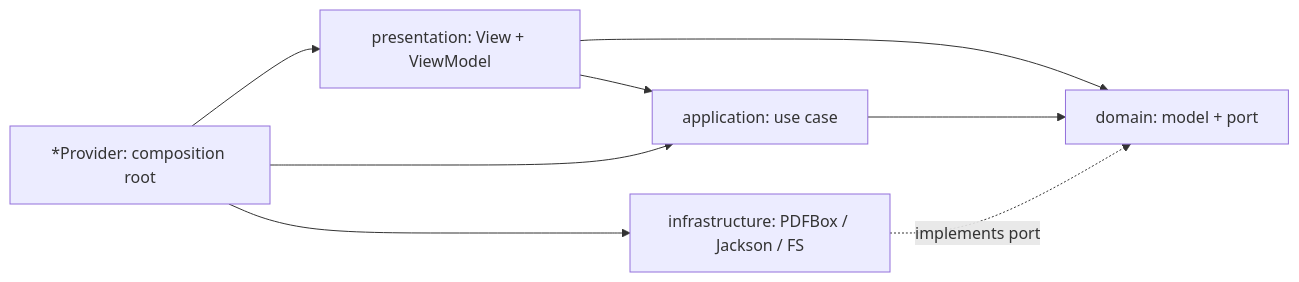
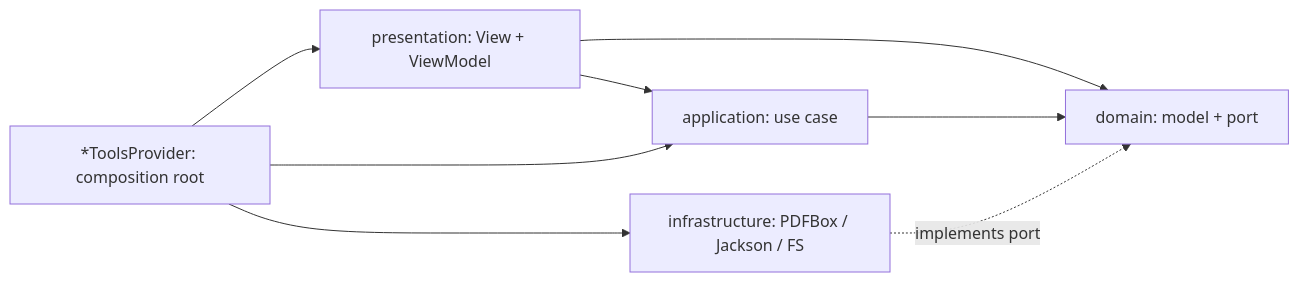
Before and after one commit to lukmnh/toolbox: the diagram in README.md, drawn with Mermaid. The commit also changed other lines of this file, not shown here.

````diff
--- a/README.md
+++ b/README.md
@@ -567,8 +143,8 @@
 ```mermaid
 flowchart LR
     P["presentation: View + ViewModel"] --> A["application: use case"]
     P --> D
     A --> D["domain: model + port"]
     I["infrastructure: PDFBox / Jackson / FS"] -. implements port .-> D
-    CR["*Provider: composition root"] --> P & A & I
+    CR["*ToolsProvider: composition root"] --> P & A & I
 ```
````
